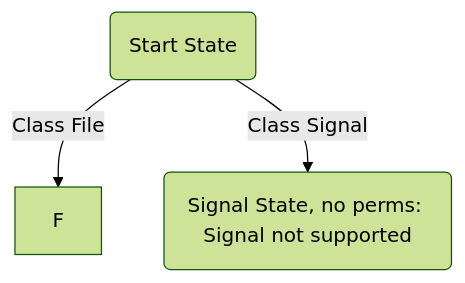
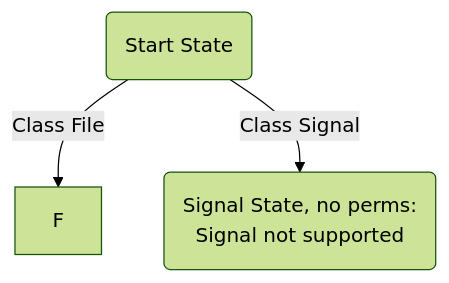
Before and after one commit to youngker/apparmor-wiki: the diagram in AppArmorFeatureABI.md, drawn with Mermaid (forest theme).

Commit message:
Update AppArmorFeatureABI

````diff
--- a/AppArmorFeatureABI.md
+++ b/AppArmorFeatureABI.md
@@ -144,5 +144,5 @@
 ```mermaid
 graph TD;
   A(Start State) --> |Class File| F;
-  A --> |Class Signal| S(Signal State, no perms: Signal not supported);
+  A --> |Class Signal| S(Signal State, no perms:<br> Signal not supported);
 ```
````
